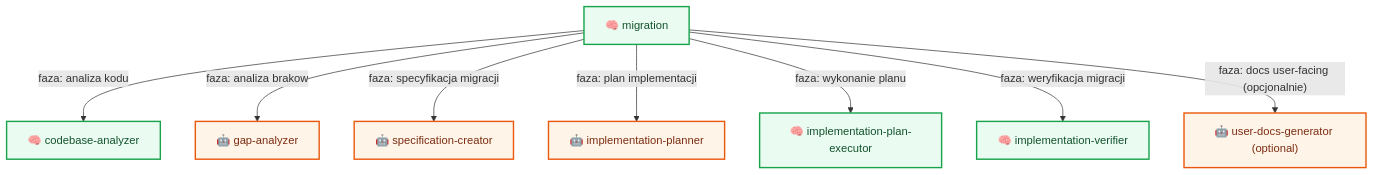
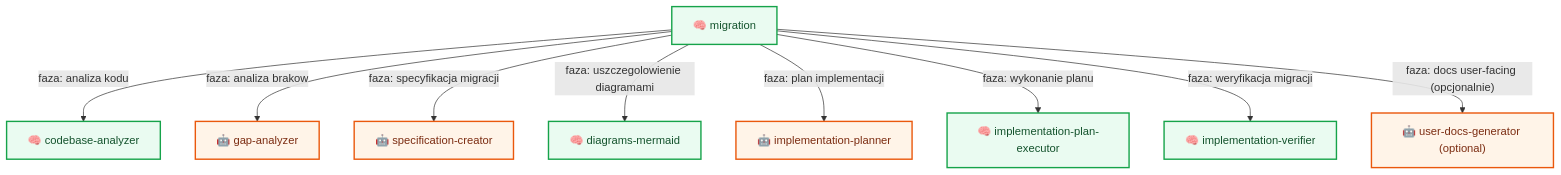
The fifth of 10 diagrams in docs/flow/workflows.md (plucins/flowbit), drawn with Mermaid before and after one commit. The commit also changed other lines of this file and 11 other files, not shown here.

Commit message:
Add Mermaid diagram sections to architecture and overview documentation for enhanced visual clarity

````diff
--- a/docs/flow/workflows.md
+++ b/docs/flow/workflows.md
@@ -127,15 +137,16 @@
 ```mermaid
 graph TD
   MIG2["🧠 migration"] -- "faza: analiza kodu" --> CODEBASE_M["🧠 codebase-analyzer"]
   MIG2 -- "faza: analiza brakow" --> GAP_M["🤖 gap-analyzer"]
   MIG2 -- "faza: specyfikacja migracji" --> SPEC_M["🤖 specification-creator"]
+  MIG2 -- "faza: uszczegolowienie diagramami" --> DIAG_M["🧠 diagrams-mermaid"]
   MIG2 -- "faza: plan implementacji" --> PLAN_M["🤖 implementation-planner"]
   MIG2 -- "faza: wykonanie planu" --> EXEC_M["🧠 implementation-plan-executor"]
   MIG2 -- "faza: weryfikacja migracji" --> VER_M["🧠 implementation-verifier"]
   MIG2 -- "faza: docs user-facing (opcjonalnie)" --> UDOCS_M["🤖 user-docs-generator (optional)"]
 
   classDef skill fill:#EAFBF1,stroke:#16A34A,stroke-width:2px,color:#14532D;
   classDef agent fill:#FFF4E8,stroke:#EA580C,stroke-width:2px,color:#7C2D12;
-  class MIG2,CODEBASE_M,EXEC_M,VER_M skill;
+  class MIG2,CODEBASE_M,EXEC_M,VER_M,DIAG_M skill;
   class GAP_M,SPEC_M,PLAN_M,UDOCS_M agent;
 ```
````
